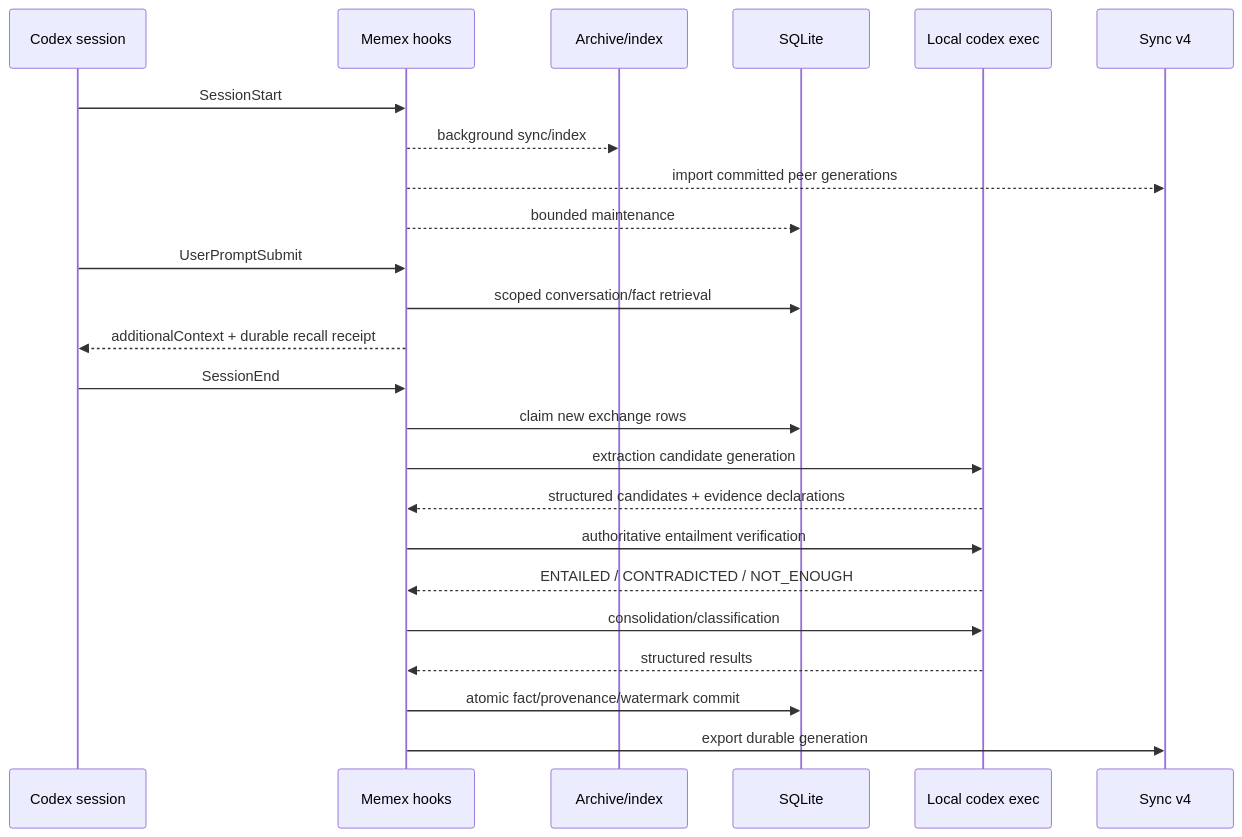
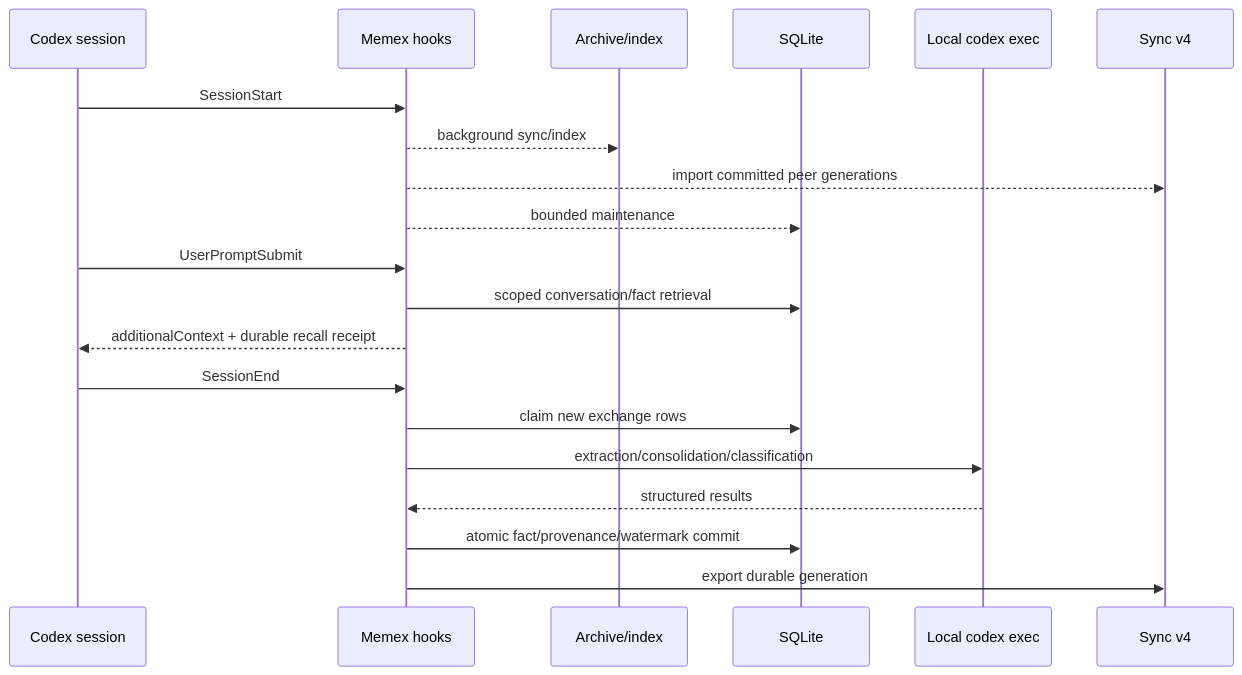
The second of 2 diagrams in docs/ARCHITECTURE.md (BongSuCHOI/memex), drawn with Mermaid before and after one commit. The commit also changed other lines of this file and 75 other files, not shown here.

````diff
--- a/docs/ARCHITECTURE.md
+++ b/docs/ARCHITECTURE.md
@@ -160,29 +150,25 @@
 ```mermaid
 sequenceDiagram
     participant C as Codex session
     participant H as Memex hooks
     participant A as Archive/index
     participant D as SQLite
     participant L as Local codex exec
     participant S as Sync v4
 
     C->>H: SessionStart
     H-->>A: background sync/index
     H-->>S: import committed peer generations
     H-->>D: bounded maintenance
 
     C->>H: UserPromptSubmit
     H->>D: scoped conversation/fact retrieval
     H-->>C: additionalContext + durable recall receipt
 
     C->>H: SessionEnd
     H->>D: claim new exchange rows
-    H->>L: extraction candidate generation
-    L-->>H: structured candidates + evidence declarations
-    H->>L: authoritative entailment verification
-    L-->>H: ENTAILED / CONTRADICTED / NOT_ENOUGH
-    H->>L: consolidation/classification
+    H->>L: extraction/consolidation/classification
     L-->>H: structured results
     H->>D: atomic fact/provenance/watermark commit
     H->>S: export durable generation
 ```
````
